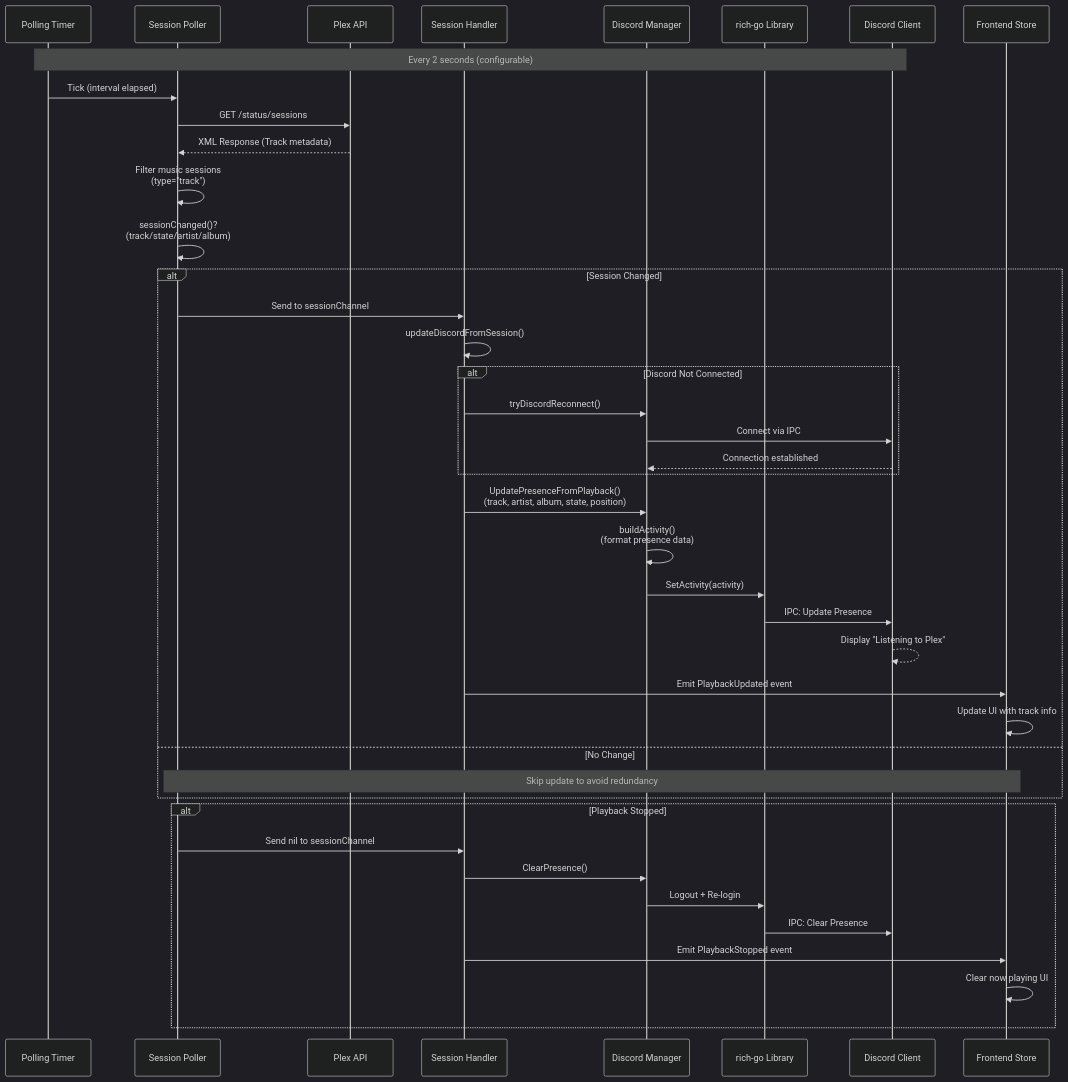
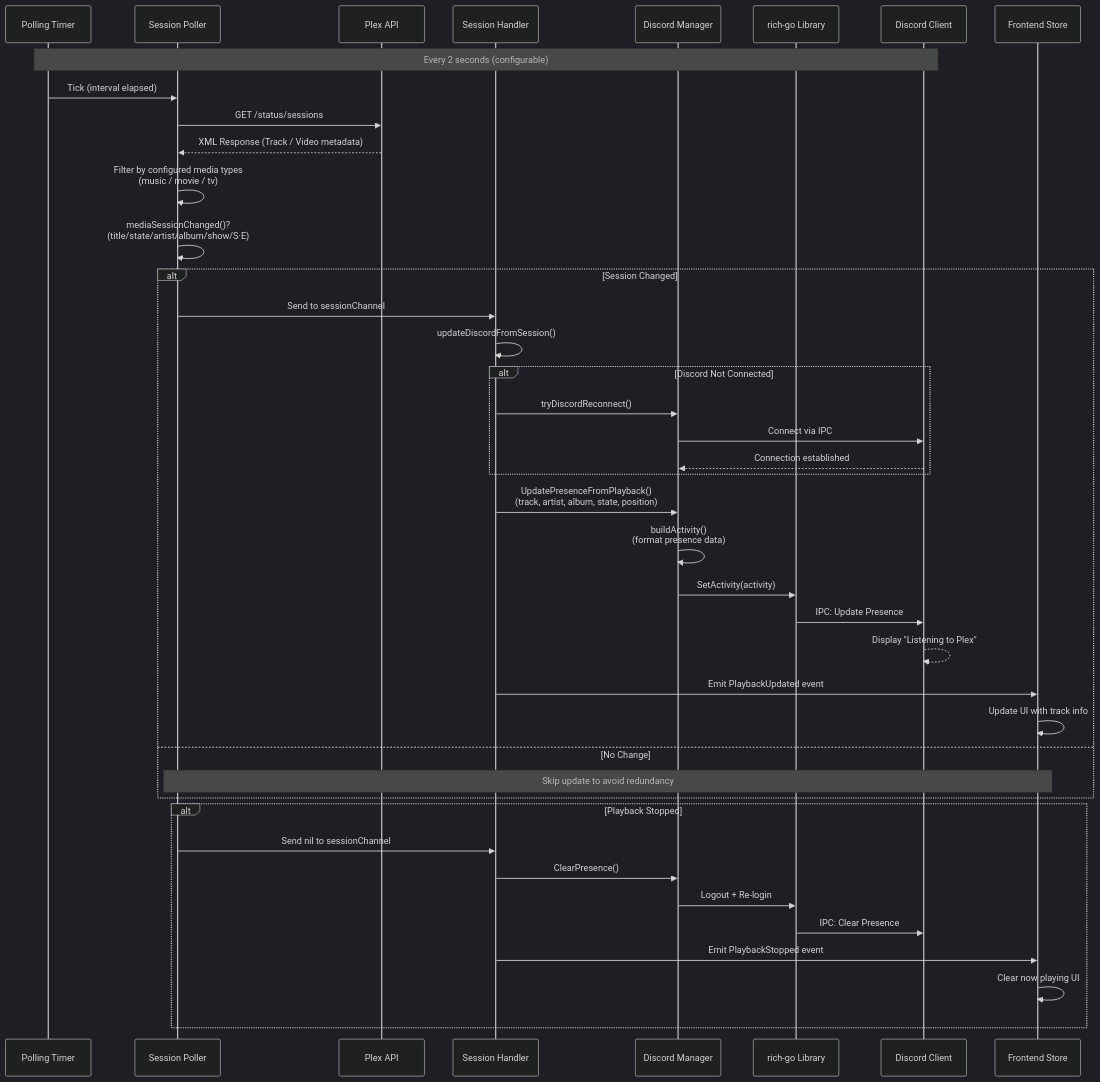
One commit to Wifsimster/PlexCord changed the diagram in docs/architecture.md. Above: the diagram before and after it, drawn with Mermaid (dark theme). The commit also changed other lines of this file and 40 other files, not shown here.

````diff
--- a/docs/architecture.md
+++ b/docs/architecture.md
@@ -189,51 +189,51 @@
 ```mermaid
 sequenceDiagram
     participant Timer as Polling Timer
     participant Poller as Session Poller
     participant PlexAPI as Plex API
     participant Handler as Session Handler
     participant Discord as Discord Manager
     participant RichGo as rich-go Library
     participant DiscordClient as Discord Client
     participant Frontend as Frontend Store
 
     Note over Timer,DiscordClient: Every 2 seconds (configurable)
     
     Timer->>Poller: Tick (interval elapsed)
     Poller->>PlexAPI: GET /status/sessions
-    PlexAPI-->>Poller: XML Response (Track metadata)
+    PlexAPI-->>Poller: XML Response (Track / Video metadata)
     
-    Poller->>Poller: Filter music sessions<br/>(type="track")
-    Poller->>Poller: sessionChanged()?<br/>(track/state/artist/album)
+    Poller->>Poller: Filter by configured media types<br/>(music / movie / tv)
+    Poller->>Poller: mediaSessionChanged()?<br/>(title/state/artist/album/show/S·E)
     
     alt Session Changed
         Poller->>Handler: Send to sessionChannel
         Handler->>Handler: updateDiscordFromSession()
         
         alt Discord Not Connected
             Handler->>Discord: tryDiscordReconnect()
             Discord->>DiscordClient: Connect via IPC
             DiscordClient-->>Discord: Connection established
         end
         
         Handler->>Discord: UpdatePresenceFromPlayback()<br/>(track, artist, album, state, position)
         Discord->>Discord: buildActivity()<br/>(format presence data)
         Discord->>RichGo: SetActivity(activity)
         RichGo->>DiscordClient: IPC: Update Presence
         DiscordClient-->>DiscordClient: Display "Listening to Plex"
         
         Handler->>Frontend: Emit PlaybackUpdated event
         Frontend->>Frontend: Update UI with track info
     else No Change
         Note over Poller,Frontend: Skip update to avoid redundancy
     end
     
     alt Playback Stopped
         Poller->>Handler: Send nil to sessionChannel
         Handler->>Discord: ClearPresence()
         Discord->>RichGo: Logout + Re-login
         RichGo->>DiscordClient: IPC: Clear Presence
         Handler->>Frontend: Emit PlaybackStopped event
         Frontend->>Frontend: Clear now playing UI
     end
 ```
````
